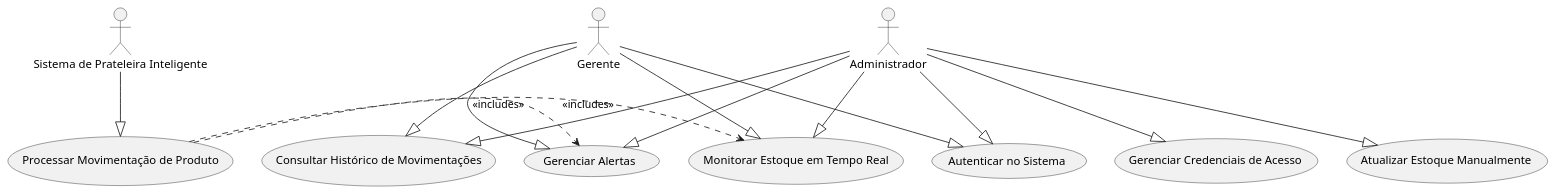
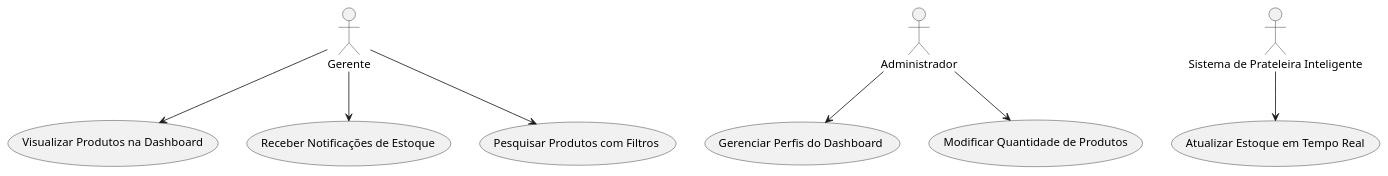
One commit to Harthuz/TCC-RFID changed the diagram in UMLs/Casos de Uso/Caso de Uso Simplificado/casos de uso simplificado.puml. Above: the diagram before and after it, drawn with PlantUML. The commit also changed 8 other files, not shown here.

Commit message:
docs: simplificar uml casos de uso simples

```diff
--- a/UMLs/Casos de Uso/Caso de Uso Simplificado/casos de uso simplificado.puml
+++ b/UMLs/Casos de Uso/Caso de Uso Simplificado/casos de uso simplificado.puml
@@ -1,34 +1,25 @@
 @startuml
 ' ==== Atores ====
 actor "Gerente" as Gerente
 actor "Administrador" as Admin
 actor "Sistema de Prateleira Inteligente" as SPI
 
-' ==== Casos de Uso (Simplificados) ====
-usecase "Monitorar Estoque em Tempo Real" as MonitorarEstoque
-usecase "Gerenciar Alertas" as GerenciarAlertas
-usecase "Consultar Histórico de Movimentações" as ConsultarHistorico
-usecase "Atualizar Estoque Manualmente" as AtualizarEstoque
-usecase "Autenticar no Sistema" as Autenticar
-usecase "Processar Movimentação de Produto" as ProcessarMovimentacao
-usecase "Gerenciar Credenciais de Acesso" as GerenciarCredenciais
+' ==== Casos de Uso ====
+usecase "Visualizar Produtos na Dashboard" as VisualizarProdutos
+usecase "Receber Notificações de Estoque" as NotificacoesEstoque
+usecase "Pesquisar Produtos com Filtros" as PesquisarProdutos
+usecase "Gerenciar Perfis do Dashboard" as GerenciarPerfis
+usecase "Modificar Quantidade de Produtos" as ModificarQuantidade
+usecase "Atualizar Estoque em Tempo Real" as AtualizarEstoqueTempoReal
 
 ' ==== Relações ====
-Gerente --|> Autenticar
-Admin --|> Autenticar
+Gerente --> VisualizarProdutos
+Gerente --> NotificacoesEstoque
+Gerente --> PesquisarProdutos
 
-Gerente --|> MonitorarEstoque
-Gerente --|> GerenciarAlertas
-Gerente --|> ConsultarHistorico
+Admin --> GerenciarPerfis
+Admin --> ModificarQuantidade
 
-Admin --|> MonitorarEstoque
-Admin --|> GerenciarAlertas
-Admin --|> ConsultarHistorico
-Admin --|> AtualizarEstoque
-Admin --|> GerenciarCredenciais
-
-SPI --|> ProcessarMovimentacao
-ProcessarMovimentacao .> MonitorarEstoque : <<includes>>
-ProcessarMovimentacao .> GerenciarAlertas : <<includes>>
+SPI --> AtualizarEstoqueTempoReal
 
 @enduml
```
